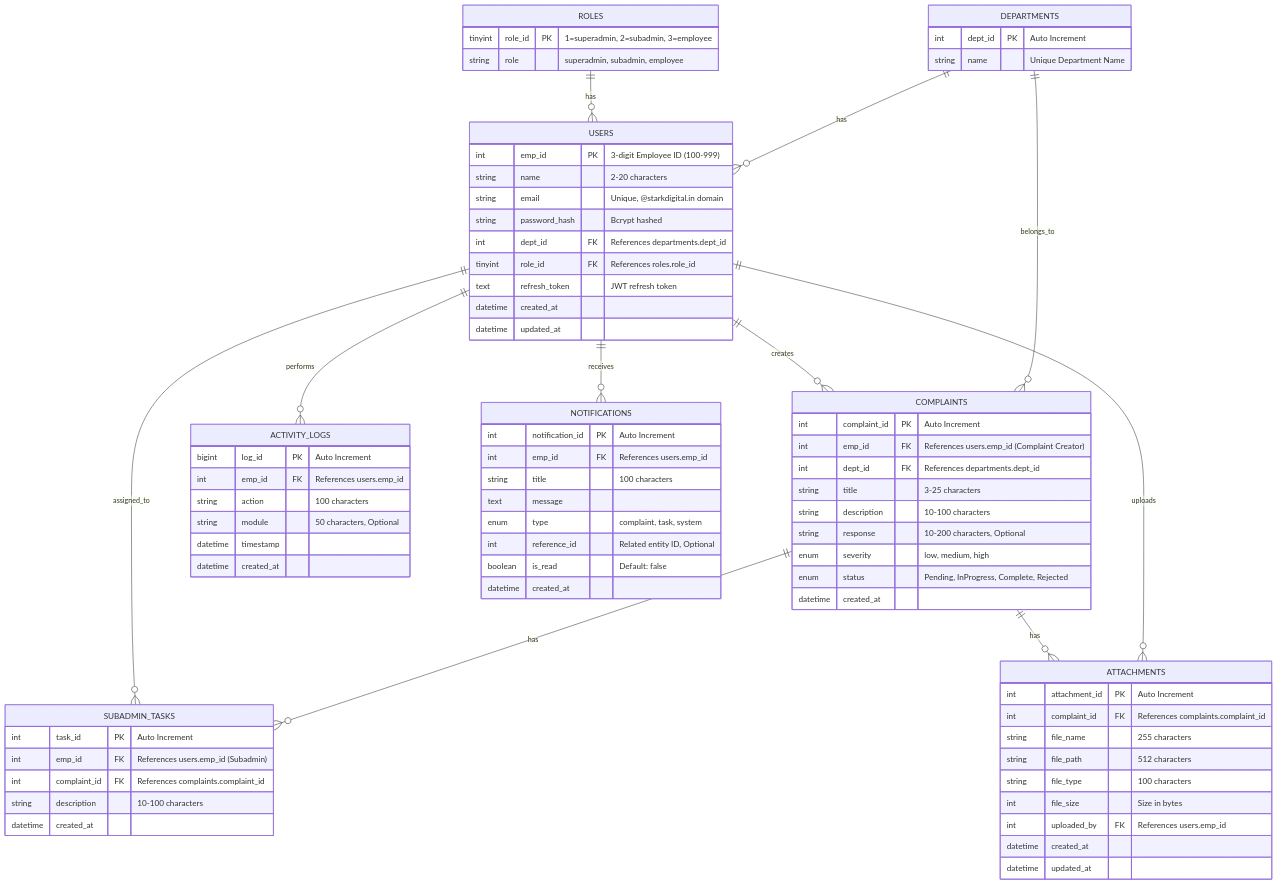
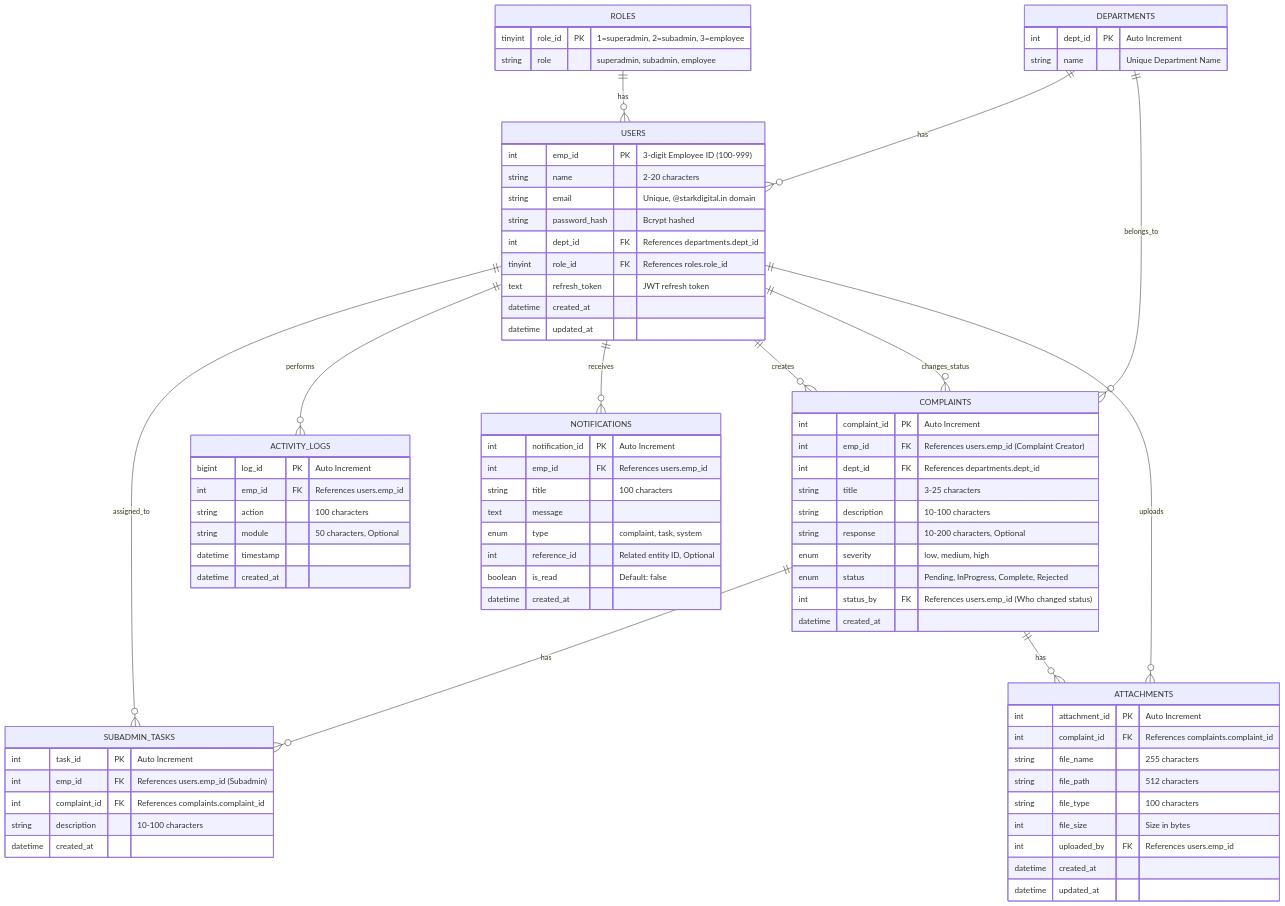
One commit to sdmsemp/CMS changed the first of 2 diagrams in CMS_Database_ERD.md. Above: the diagram before and after it, drawn with Mermaid. The commit also changed 6 other files, not shown here.

```diff
--- a/CMS_Database_ERD.md
+++ b/CMS_Database_ERD.md
@@ -40,6 +40,7 @@
         string response "10-200 characters, Optional"
         enum severity "low, medium, high"
         enum status "Pending, InProgress, Complete, Rejected"
+        int status_by FK "References users.emp_id (Who changed status)"
         datetime created_at
     }
 
@@ -88,6 +89,7 @@
     ROLES ||--o{ USERS : "has"
     DEPARTMENTS ||--o{ USERS : "has"
     USERS ||--o{ COMPLAINTS : "creates"
+    USERS ||--o{ COMPLAINTS : "changes_status"
     DEPARTMENTS ||--o{ COMPLAINTS : "belongs_to"
     USERS ||--o{ SUBADMIN_TASKS : "assigned_to"
     COMPLAINTS ||--o{ SUBADMIN_TASKS : "has"
```
